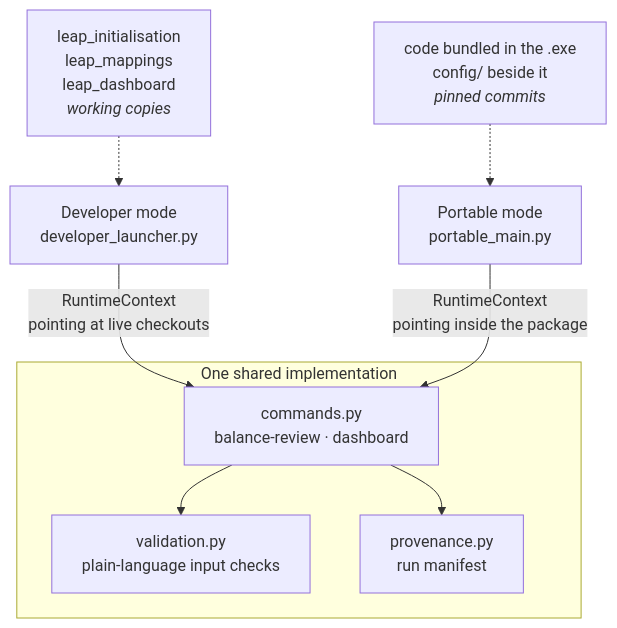
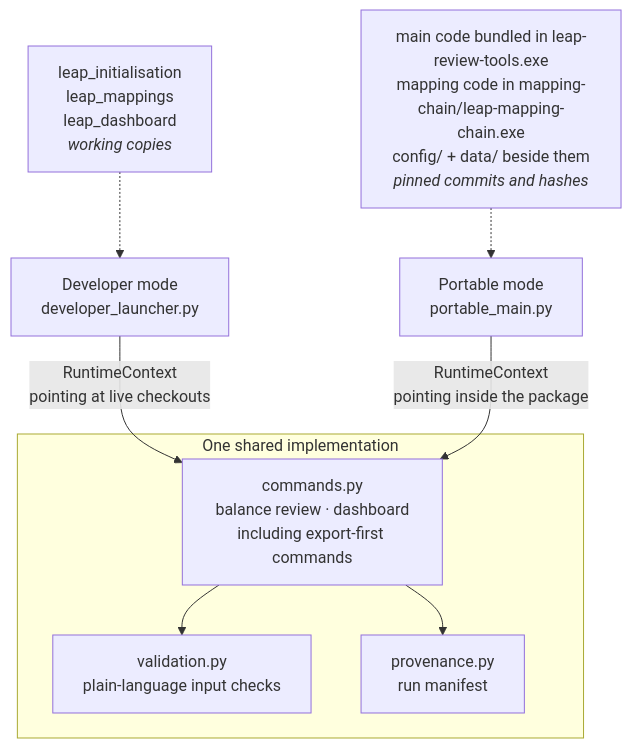
One commit to asia-pacific-energy-research-centre/leap_initialisation changed the first of 7 diagrams in docs/leap_review_tools_walkthrough.md. Above: the diagram before and after it, drawn with Mermaid. The commit also changed other lines of this file and 3 other files, not shown here.

First line of the commit message:
codex: complete portable review tools handover

````diff
--- a/docs/leap_review_tools_walkthrough.md
+++ b/docs/leap_review_tools_walkthrough.md
@@ -26,22 +26,22 @@
 ```mermaid
 flowchart TB
     subgraph shared["One shared implementation"]
-        CMD["commands.py<br/>balance-review · dashboard"]
+        CMD["commands.py<br/>balance review · dashboard<br/>including export-first commands"]
         VAL["validation.py<br/>plain-language input checks"]
         PROV["provenance.py<br/>run manifest"]
         CMD --> VAL
         CMD --> PROV
     end
 
     DEV["Developer mode<br/>developer_launcher.py"]
     POR["Portable mode<br/>portable_main.py"]
 
     DEV -->|"RuntimeContext<br/>pointing at live checkouts"| CMD
     POR -->|"RuntimeContext<br/>pointing inside the package"| CMD
 
     DEVSRC["leap_initialisation<br/>leap_mappings<br/>leap_dashboard<br/><i>working copies</i>"]
-    PORSRC["code bundled in the .exe<br/>config/ beside it<br/><i>pinned commits</i>"]
+    PORSRC["main code bundled in leap-review-tools.exe<br/>mapping code in mapping-chain/leap-mapping-chain.exe<br/>config/ + data/ beside them<br/><i>pinned commits and hashes</i>"]
 
     DEVSRC -.-> DEV
     PORSRC -.-> POR
 ```
````
